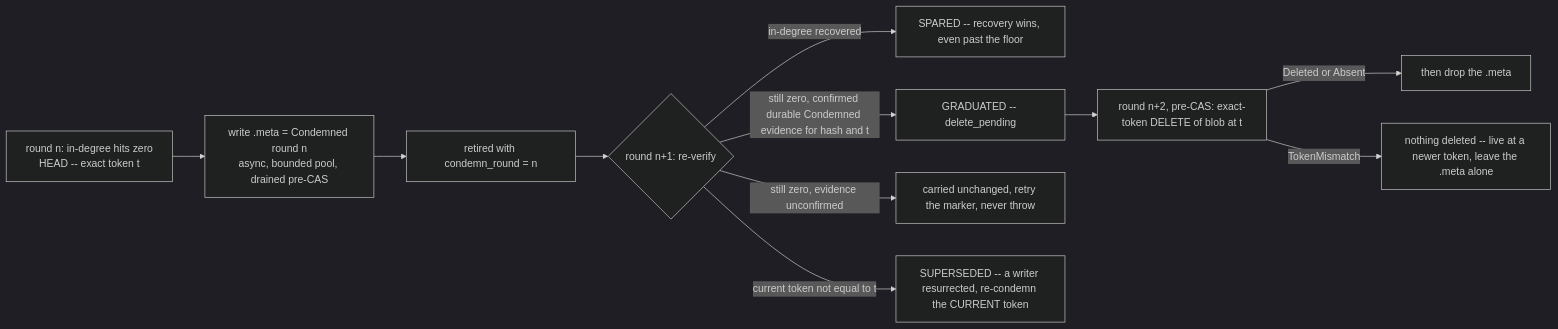
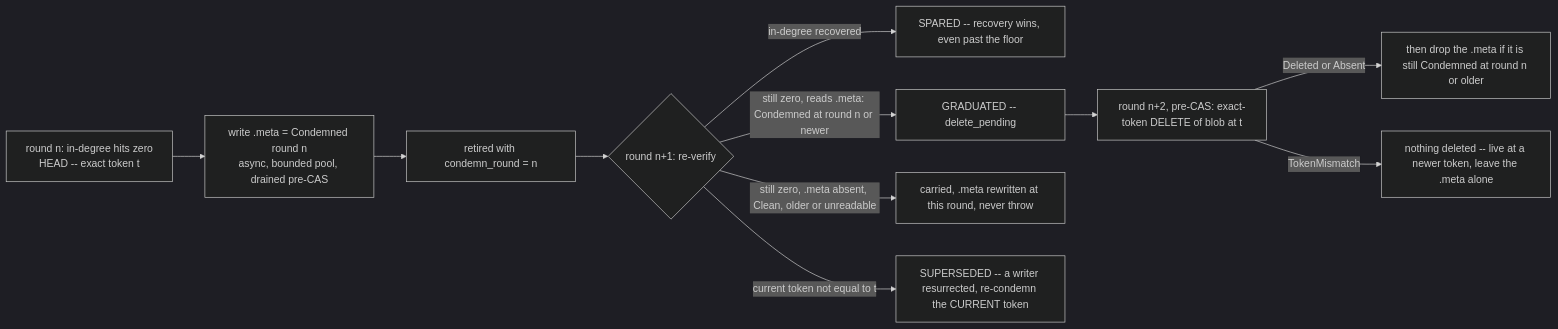
The third of 3 diagrams in docs/en/antalya/cas/architecture/garbage-collection.md (Altinity/ClickHouse), drawn with Mermaid (dark theme) before and after one commit. The commit also changed other lines of this file and 22 other files, not shown here.

First line of the commit message:
Merge pull request #2463 from Altinity/fix/antalya-26.6/cas-gc-stale-meta-delete

````diff
--- a/docs/en/antalya/cas/architecture/garbage-collection.md
+++ b/docs/en/antalya/cas/architecture/garbage-collection.md
@@ -670,13 +671,13 @@
 ```mermaid
 flowchart LR
     A["round n: in-degree hits zero<br/>HEAD -- exact token t"] --> B["write .meta = Condemned round n<br/>async, bounded pool, drained pre-CAS"]
     B --> C["retired with condemn_round = n"]
     C --> D{"round n+1: re-verify"}
     D -->|"in-degree recovered"| S["SPARED -- recovery wins, even past the floor"]
-    D -->|"still zero, confirmed durable Condemned evidence for hash and t"| G["GRADUATED -- delete_pending"]
-    D -->|"still zero, evidence unconfirmed"| C2["carried unchanged, retry the marker, never throw"]
+    D -->|"still zero, reads .meta: Condemned at round n or newer"| G["GRADUATED -- delete_pending"]
+    D -->|"still zero, .meta absent, Clean, older or unreadable"| C2["carried, .meta rewritten at this round, never throw"]
     D -->|"current token not equal to t"| SUP["SUPERSEDED -- a writer resurrected, re-condemn the CURRENT token"]
     G --> E["round n+2, pre-CAS: exact-token DELETE of blob at t"]
-    E -->|"Deleted or Absent"| F["then drop the .meta"]
+    E -->|"Deleted or Absent"| F["then drop the .meta if it is still Condemned at round n or older"]
     E -->|TokenMismatch| H["nothing deleted -- live at a newer token, leave the .meta alone"]
 ```
````
